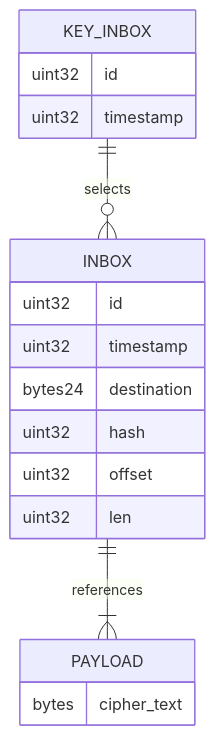
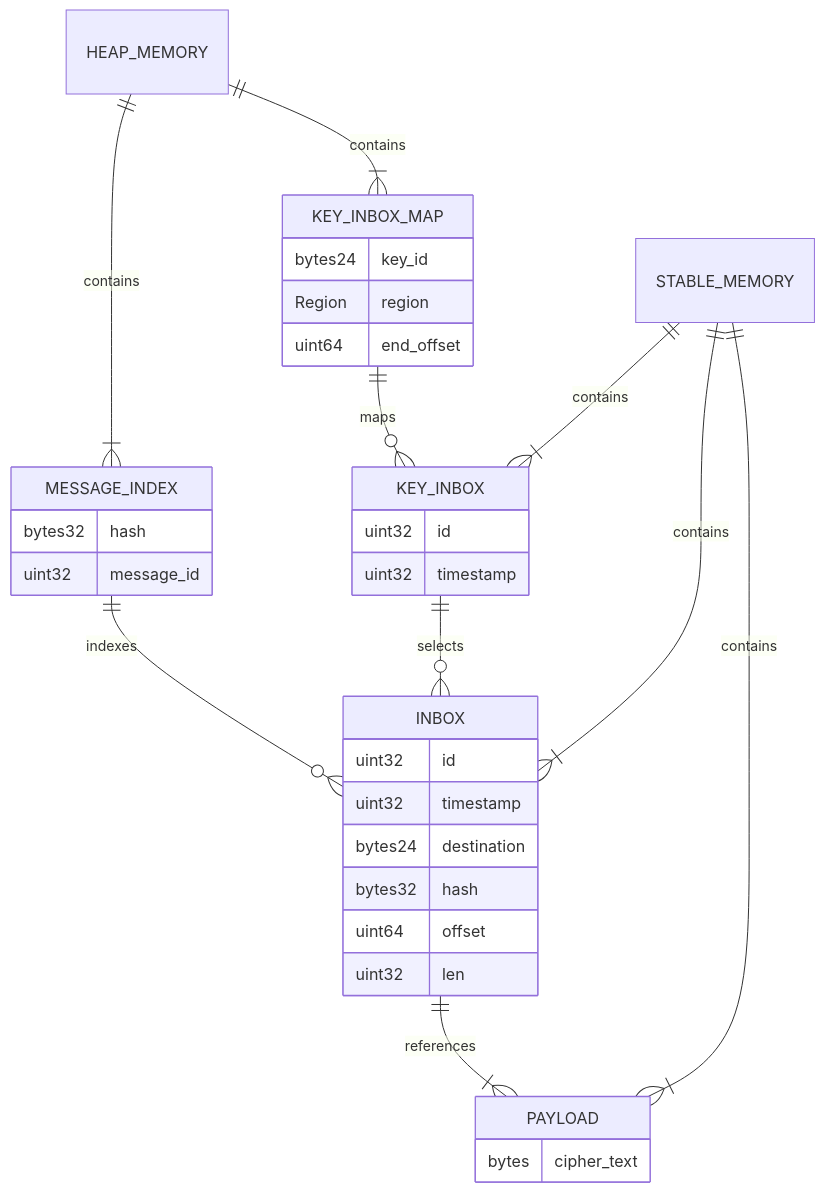
One commit to diodechain/zone_availability_canister changed the second of 2 diagrams in ARCHITECTURE_MS1.md. Above: the diagram before and after it, drawn with Mermaid. The commit also changed other lines of this file and 2 other files, not shown here.

````diff
--- a/ARCHITECTURE_MS1.md
+++ b/ARCHITECTURE_MS1.md
@@ -88,22 +114,45 @@
 ```mermaid
 erDiagram
+    %% HEAP Maps
+    KEY_INBOX_MAP ||--o{ KEY_INBOX : maps
+    KEY_INBOX_MAP {
+        bytes24 key_id
+        Region region
+        uint64 end_offset
+    }
+    MESSAGE_INDEX ||--o{ INBOX : indexes
+    MESSAGE_INDEX {
+        bytes32 hash
+        uint32 message_id
+    }
+
+    %% REGION Data
     KEY_INBOX ||--o{ INBOX : selects
     KEY_INBOX {
         uint32 id
         uint32 timestamp
     }
     INBOX ||--|{ PAYLOAD : references
     INBOX {
         uint32 id
         uint32 timestamp
         bytes24 destination
-        uint32 hash
-        uint32 offset
+        bytes32 hash
+        uint64 offset
         uint32 len
     }
     PAYLOAD {
         bytes cipher_text
     }
 
+    %% Markers
+    HEAP_MARKER[HEAP_MEMORY]
+    REGION_MARKER[STABLE_MEMORY]
 
+    %% Relationships to markers
+    HEAP_MARKER ||--|{ KEY_INBOX_MAP : contains
+    HEAP_MARKER ||--|{ MESSAGE_INDEX : contains
+    REGION_MARKER ||--|{ KEY_INBOX : contains
+    REGION_MARKER ||--|{ INBOX : contains
+    REGION_MARKER ||--|{ PAYLOAD : contains
 ```
````
